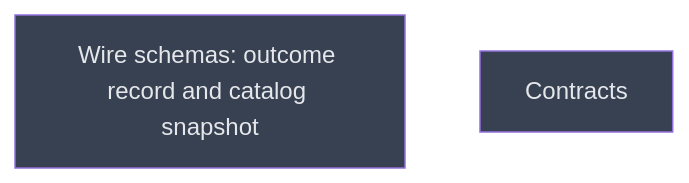
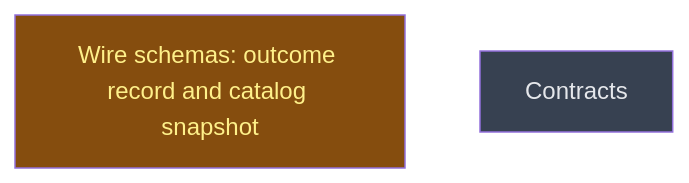
Before and after one commit to CrackingShells/Candler: the diagram in __roadmap__/candler-v1/README.md, drawn with Mermaid. The commit also changed other lines of this file and 11 other files, not shown here.

First line of the commit message:
rdm(schemas): plan the wire-schemas milestone

````diff
--- a/__roadmap__/candler-v1/README.md
+++ b/__roadmap__/candler-v1/README.md
@@ -37,10 +37,10 @@
 ```mermaid
 graph TD
-    wire_schemas[Wire schemas: outcome record and catalog snapshot]:::planned
+    wire_schemas[Wire schemas: outcome record and catalog snapshot]:::inprogress
     contracts[Contracts]:::planned
     classDef done       fill:#166534,color:#bbf7d0
     classDef inprogress fill:#854d0e,color:#fef08a
     classDef planned    fill:#374151,color:#e5e7eb
     classDef amendment  fill:#1e3a5f,color:#bfdbfe
     classDef blocked    fill:#7f1d1d,color:#fecaca
 ```
````
